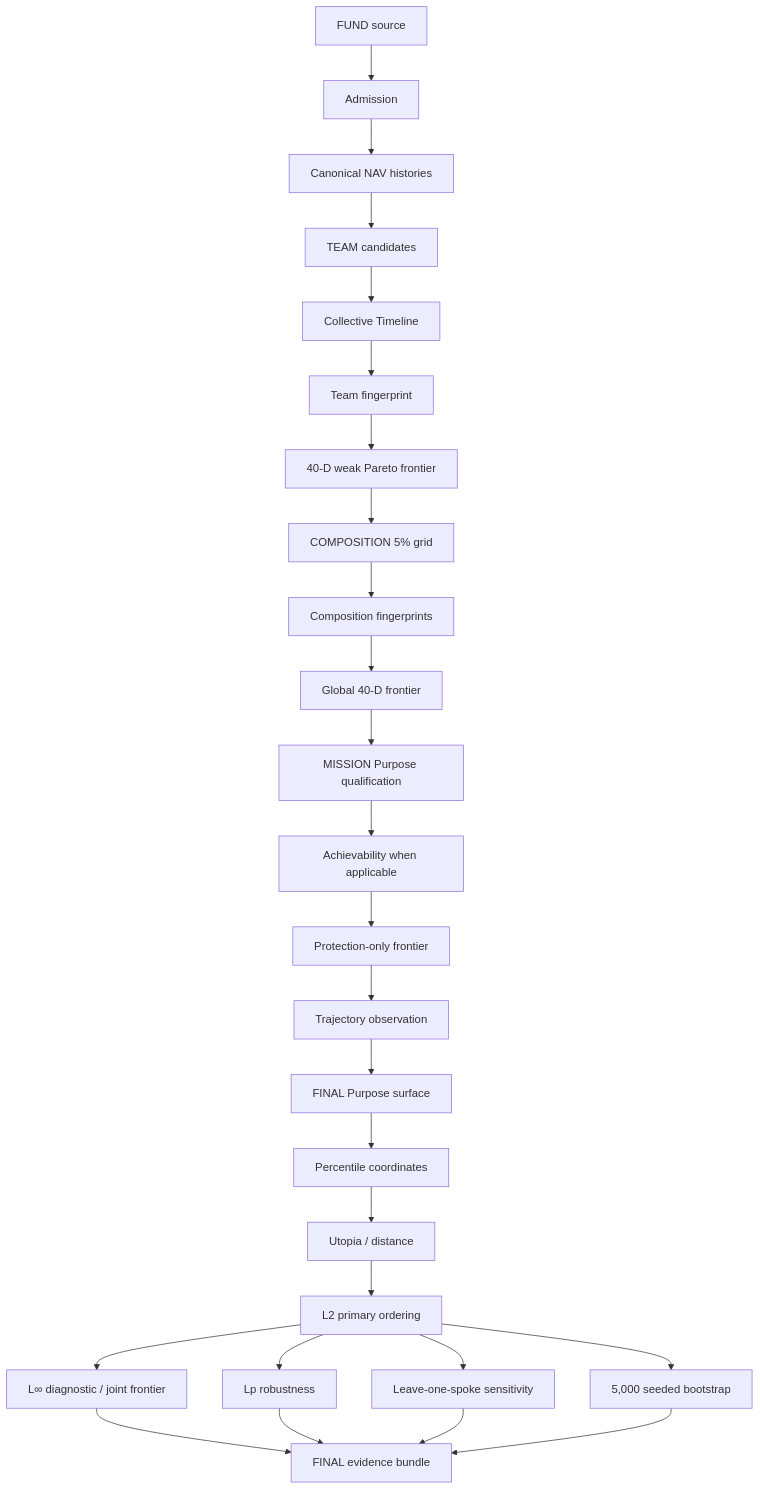
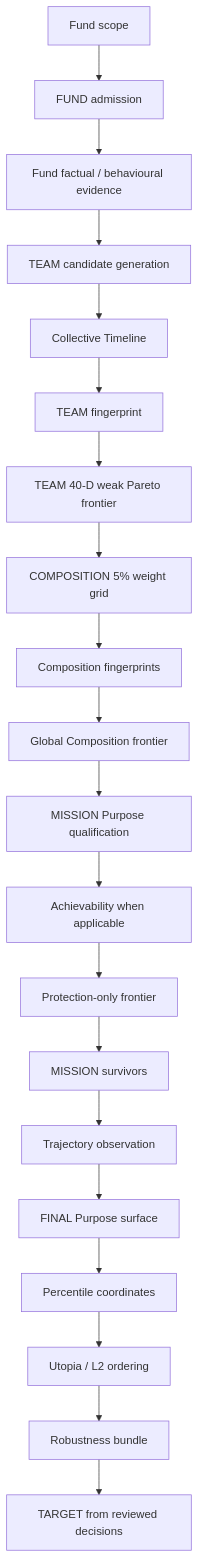
The third of 13 diagrams in docs/Lakshya_Pipeline_Sequence.md (rrajeshkannan/lakshya), drawn with Mermaid before and after one commit. The commit also changed other lines of this file, not shown here.

Commit message:
Align pipeline sequence with LPS LFS LTS

````diff
--- a/docs/Lakshya_Pipeline_Sequence.md
+++ b/docs/Lakshya_Pipeline_Sequence.md
@@ -115,28 +225,22 @@
 ```mermaid
 flowchart TD
-    A[FUND source] --> B[Admission]
-    B --> C[Canonical NAV histories]
-    C --> D[TEAM candidates]
+    A[Fund scope] --> B[FUND admission]
+    B --> C[Fund factual / behavioural evidence]
+    C --> D[TEAM candidate generation]
     D --> E[Collective Timeline]
-    E --> F[Team fingerprint]
-    F --> G[40-D weak Pareto frontier]
-    G --> H[COMPOSITION 5% grid]
+    E --> F[TEAM fingerprint]
+    F --> G[TEAM 40-D weak Pareto frontier]
+    G --> H[COMPOSITION 5% weight grid]
     H --> I[Composition fingerprints]
-    I --> J[Global 40-D frontier]
+    I --> J[Global Composition frontier]
     J --> K[MISSION Purpose qualification]
     K --> L[Achievability when applicable]
     L --> M[Protection-only frontier]
-    M --> N[Trajectory observation]
-    N --> O[FINAL Purpose surface]
-    O --> P[Percentile coordinates]
-    P --> Q[Utopia / distance]
-    Q --> R[L2 primary ordering]
-    R --> S[L∞ diagnostic / joint frontier]
-    R --> T[Lp robustness]
-    R --> U[Leave-one-spoke sensitivity]
-    R --> V[5,000 seeded bootstrap]
-    S --> W[FINAL evidence bundle]
-    T --> W
-    U --> W
-    V --> W
+    M --> N[MISSION survivors]
+    N --> O[Trajectory observation]
+    O --> P[FINAL Purpose surface]
+    P --> Q[Percentile coordinates]
+    Q --> R[Utopia / L2 ordering]
+    R --> S[Robustness bundle]
+    S --> T[TARGET from reviewed decisions]
 ```
````
